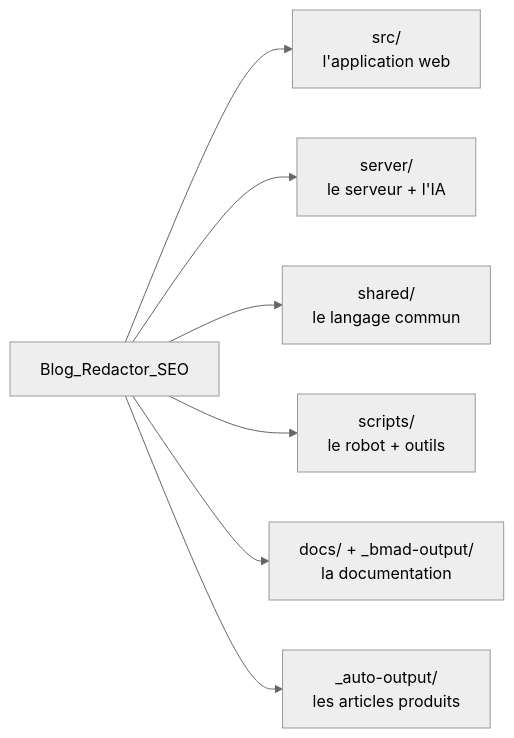
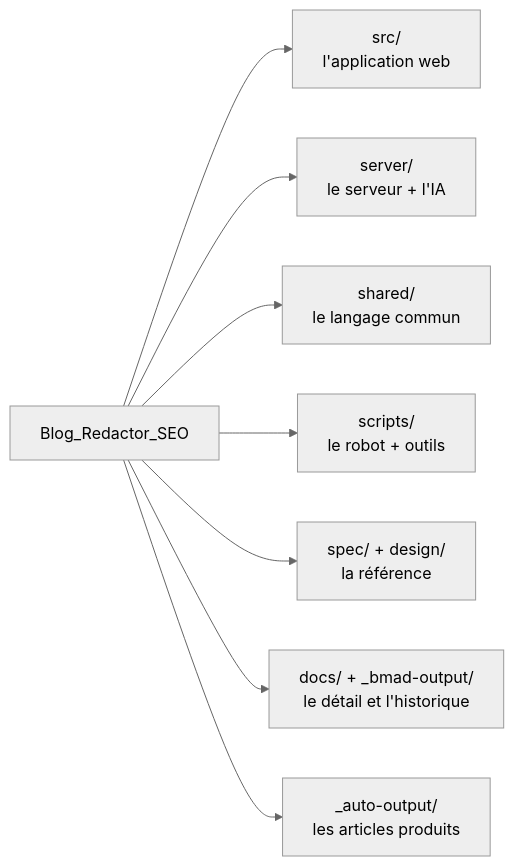
Before and after one commit to annubis-knight/Blog_Redactor_SEO: the third of 3 diagrams in README.md, drawn with Mermaid (neutral theme). The commit also changed other lines of this file and 138 other files, not shown here.

First line of the commit message:
docs: une spec et un design centraux, réécrits d'après le code, à la place de docs/

````diff
--- a/README.md
+++ b/README.md
@@ -124,9 +133,10 @@
 ```mermaid
 flowchart LR
   ROOT["Blog_Redactor_SEO"] --> SRC["src/<br/>l'application web"]
   ROOT --> SERVER["server/<br/>le serveur + l'IA"]
   ROOT --> SHARED["shared/<br/>le langage commun"]
   ROOT --> SCRIPTS["scripts/<br/>le robot + outils"]
-  ROOT --> DOCS["docs/ + _bmad-output/<br/>la documentation"]
+  ROOT --> REF["spec/ + design/<br/>la référence"]
+  ROOT --> DOCS["docs/ + _bmad-output/<br/>le détail et l'historique"]
   ROOT --> OUT["_auto-output/<br/>les articles produits"]
 ```
````
